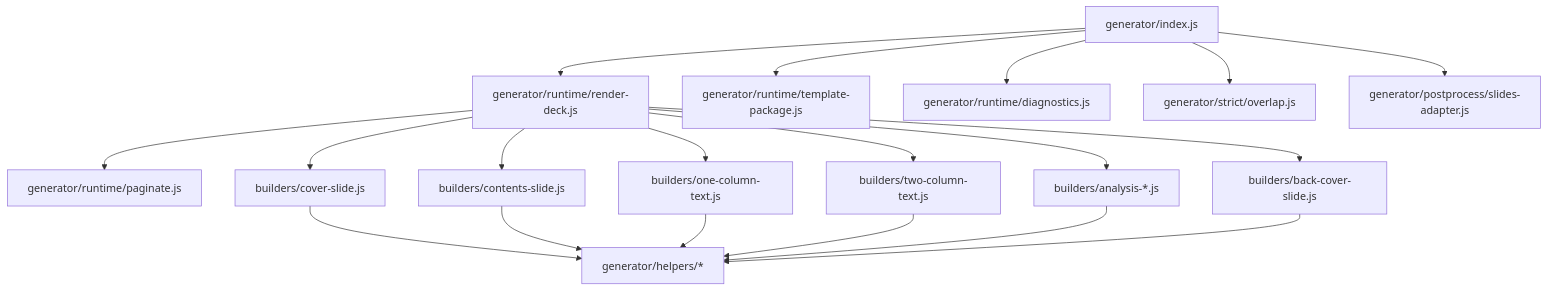
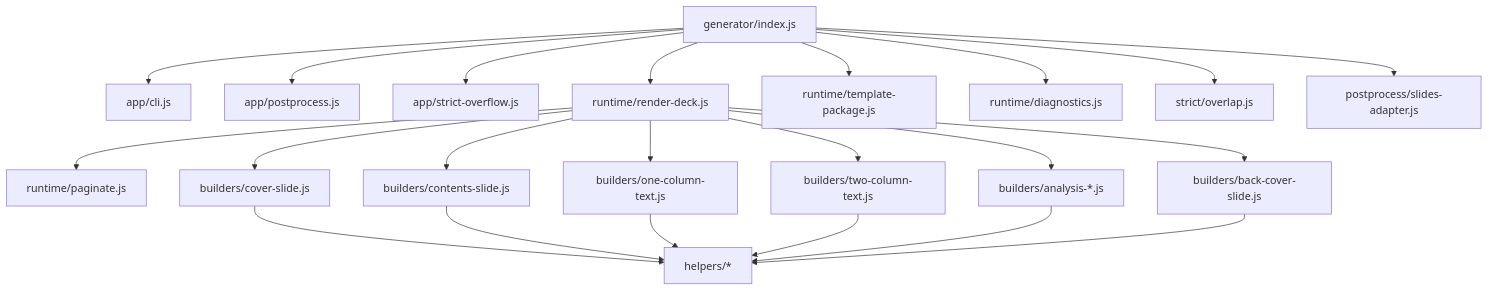
One commit to rishirsv/perks changed the third of 4 diagrams in chatgpt/kpmg-slidegen/ARCHITECTURE.md. Above: the diagram before and after it, drawn with Mermaid. The commit also changed other lines of this file and 33 other files, not shown here.

````diff
--- a/chatgpt/kpmg-slidegen/ARCHITECTURE.md
+++ b/chatgpt/kpmg-slidegen/ARCHITECTURE.md
@@ -77,23 +69,26 @@
 ```mermaid
 graph TD
-  IDX[generator/index.js] --> RD[generator/runtime/render-deck.js]
-  IDX --> TP[generator/runtime/template-package.js]
-  IDX --> DIAG[generator/runtime/diagnostics.js]
-  IDX --> OVR[generator/strict/overlap.js]
-  IDX --> PPA[generator/postprocess/slides-adapter.js]
+  IDX[generator/index.js] --> A1[app/cli.js]
+  IDX --> A2[app/postprocess.js]
+  IDX --> A3[app/strict-overflow.js]
+  IDX --> RD[runtime/render-deck.js]
+  IDX --> TP[runtime/template-package.js]
+  IDX --> DIAG[runtime/diagnostics.js]
+  IDX --> OVR[strict/overlap.js]
+  IDX --> SAD[postprocess/slides-adapter.js]
 
-  RD --> PAG[generator/runtime/paginate.js]
+  RD --> PAG[runtime/paginate.js]
   RD --> B1[builders/cover-slide.js]
   RD --> B2[builders/contents-slide.js]
   RD --> B3[builders/one-column-text.js]
   RD --> B4[builders/two-column-text.js]
   RD --> B5[builders/analysis-*.js]
   RD --> B6[builders/back-cover-slide.js]
 
-  B1 --> H[generator/helpers/*]
+  B1 --> H[helpers/*]
   B2 --> H
   B3 --> H
   B4 --> H
   B5 --> H
   B6 --> H
 ```
````
